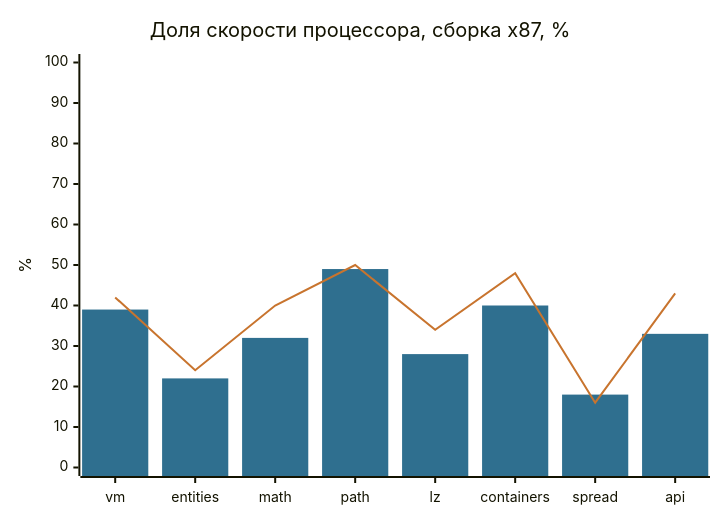
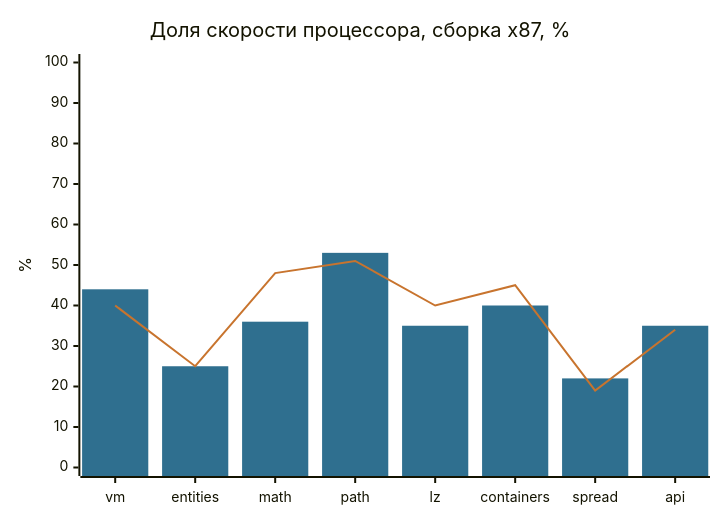
The third of 4 diagrams in modules/cork/README.ru.md (bottlify/bottlify), drawn with Mermaid before and after one commit. The commit also changed other lines of this file and 1 other file, not shown here.

````diff
--- a/modules/cork/README.ru.md
+++ b/modules/cork/README.ru.md
@@ -147,9 +147,9 @@
 ```mermaid
 %%{init: {"theme": "base", "themeVariables": {"fontFamily": "Inter, Segoe UI, Helvetica, Arial, sans-serif", "xyChart": {"plotColorPalette": "#2F6F8F, #C8742E"}}}}%%
 xychart-beta
   title "Доля скорости процессора, сборка x87, %"
   x-axis [vm, entities, math, path, lz, containers, spread, api]
   y-axis "%" 0 --> 100
-  bar [39, 22, 32, 49, 28, 40, 18, 33]
-  line [42, 24, 40, 50, 34, 48, 16, 43]
+  bar [44, 25, 36, 53, 35, 40, 22, 35]
+  line [40, 25, 48, 51, 40, 45, 19, 34]
 ```
````
